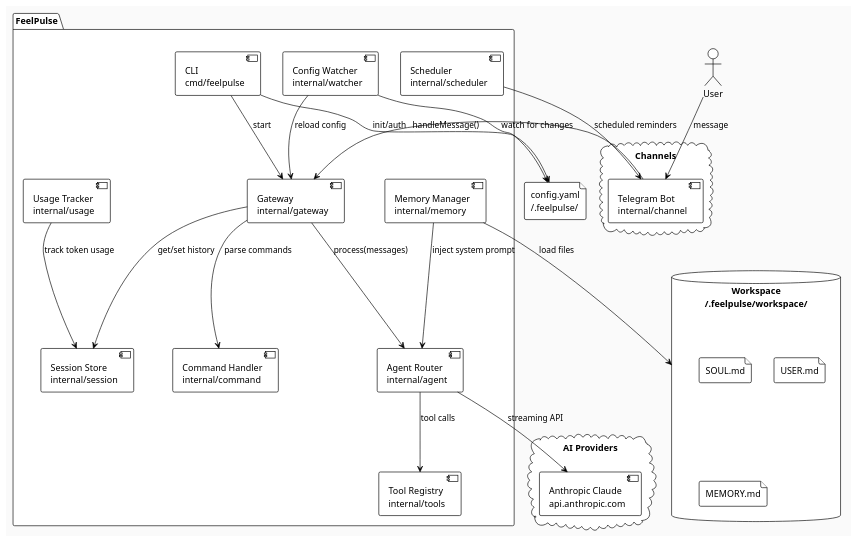
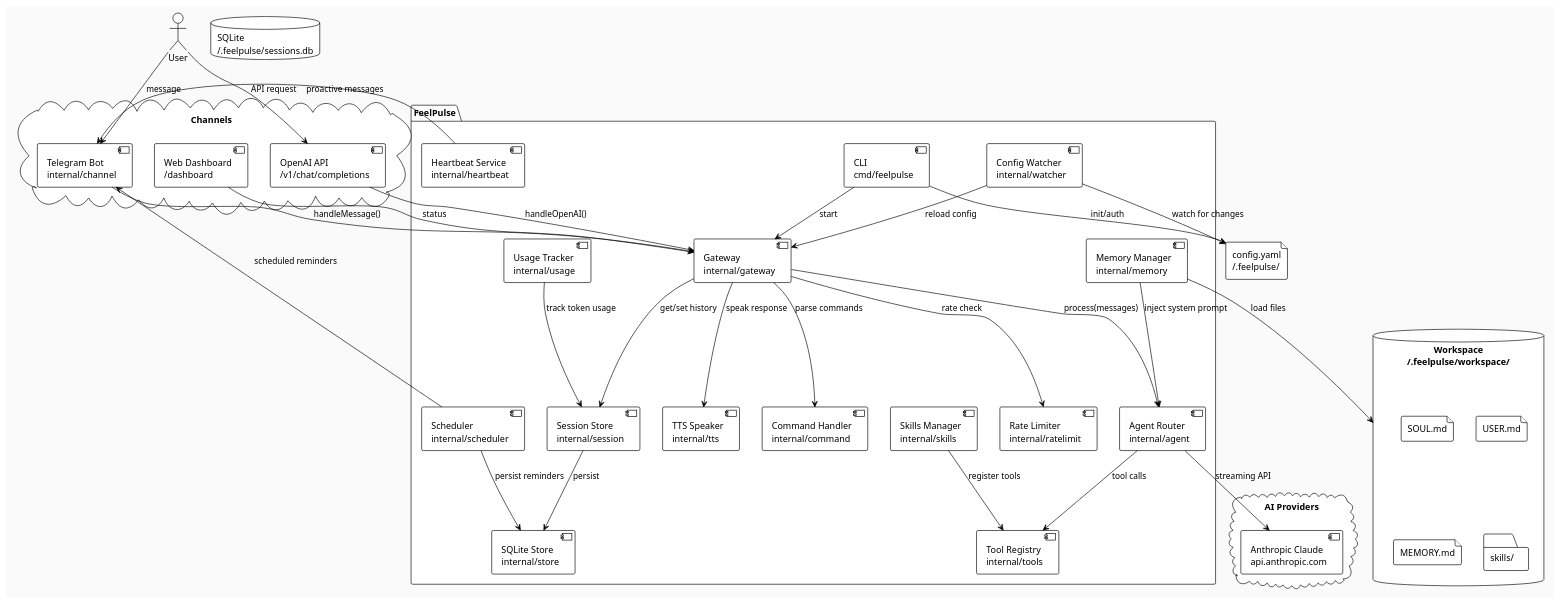
One commit to FeelPulse/feelpulse changed the first of 13 diagrams in docs/architecture.md. Above: the diagram before and after it, drawn with PlantUML. The commit also changed other lines of this file and 3 other files, not shown here.

First line of the commit message:
docs: comprehensive README, TODO, and architecture updates

````diff
--- a/docs/architecture.md
+++ b/docs/architecture.md
@@ -9,55 +9,74 @@
 ```plantuml
 @startuml overview
 !theme plain
 skinparam backgroundColor #FAFAFA
 skinparam defaultFontName monospace
 
 actor User
 package "FeelPulse" {
   component [CLI\ncmd/feelpulse] as CLI
   component [Gateway\ninternal/gateway] as GW
   component [Agent Router\ninternal/agent] as AR
   component [Session Store\ninternal/session] as SS
   component [Memory Manager\ninternal/memory] as MM
   component [Command Handler\ninternal/command] as CH
   component [Scheduler\ninternal/scheduler] as SC
   component [Tool Registry\ninternal/tools] as TR
+  component [Skills Manager\ninternal/skills] as SK
   component [Usage Tracker\ninternal/usage] as UT
   component [Config Watcher\ninternal/watcher] as CW
+  component [Heartbeat Service\ninternal/heartbeat] as HB
+  component [Rate Limiter\ninternal/ratelimit] as RL
+  component [TTS Speaker\ninternal/tts] as TTS
+  component [SQLite Store\ninternal/store] as DB
 }
 
 cloud "Channels" {
   component [Telegram Bot\ninternal/channel] as TG
+  component [Web Dashboard\n/dashboard] as DASH
+  component [OpenAI API\n/v1/chat/completions] as OAI
 }
 
 cloud "AI Providers" {
   component [Anthropic Claude\napi.anthropic.com] as ANT
 }
 
+database "SQLite\n~/.feelpulse/sessions.db" as SQL
+
 database "Workspace\n~/.feelpulse/workspace/" as WS {
   file "SOUL.md"
   file "USER.md"
   file "MEMORY.md"
+  folder "skills/"
 }
 
 file "config.yaml\n~/.feelpulse/" as CFG
 
 User --> TG : message
+User --> OAI : API request
 TG --> GW : handleMessage()
+OAI --> GW : handleOpenAI()
+GW --> RL : rate check
 GW --> CH : parse commands
 GW --> SS : get/set history
+SS --> DB : persist
 GW --> AR : process(messages)
 AR --> ANT : streaming API
 AR --> TR : tool calls
+SK --> TR : register tools
 MM --> WS : load files
 MM --> AR : inject system prompt
+SC --> DB : persist reminders
 SC --> TG : scheduled reminders
+HB --> TG : proactive messages
 CW --> CFG : watch for changes
 CW --> GW : reload config
 UT --> SS : track token usage
+GW --> TTS : speak response
+DASH --> GW : status
 
 CLI --> GW : start
 CLI --> CFG : init/auth
 
 @enduml
 ```
````
